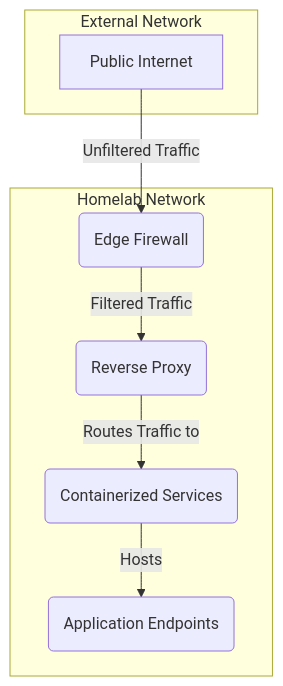
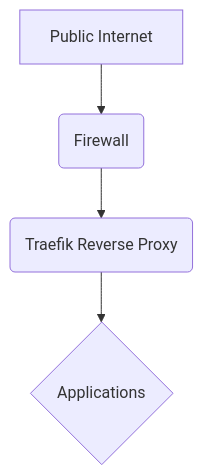
One commit to toxicoder/homelabeazy changed the second of 2 diagrams in README.md. Above: the diagram before and after it, drawn with Mermaid. The commit also changed other lines of this file, not shown here.

Commit message:
I am simplifying and clarifying the system architecture diagrams in README.md.

````diff
--- a/README.md
+++ b/README.md
@@ -249,18 +210,6 @@
 ```mermaid
 graph TD
-    subgraph "External Network"
-        A[Public Internet]
-    end
-
-    subgraph "Homelab Network"
-        B(Edge Firewall)
-        C(Reverse Proxy)
-        D(Containerized Services)
-        E(Application Endpoints)
-    end
-
-    A -- Unfiltered Traffic --> B
-    B -- Filtered Traffic --> C
-    C -- Routes Traffic to --> D
-    D -- Hosts --> E
+    A[Public Internet] --> B(Firewall)
+    B --> C(Traefik Reverse Proxy)
+    C --> D{Applications}
 ```
````
